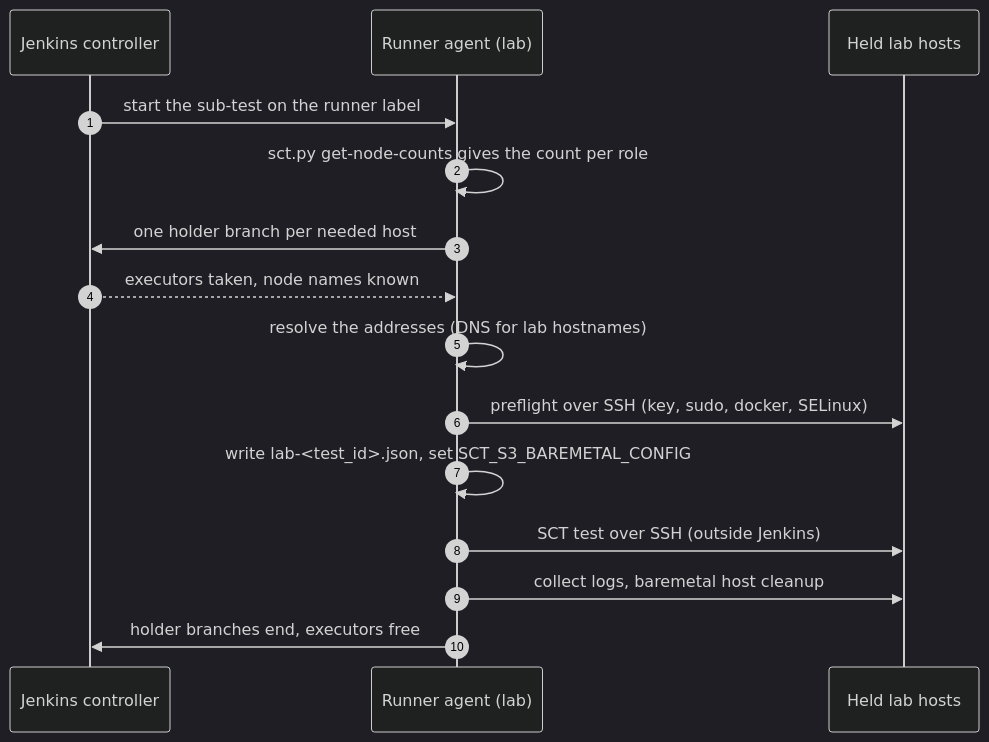
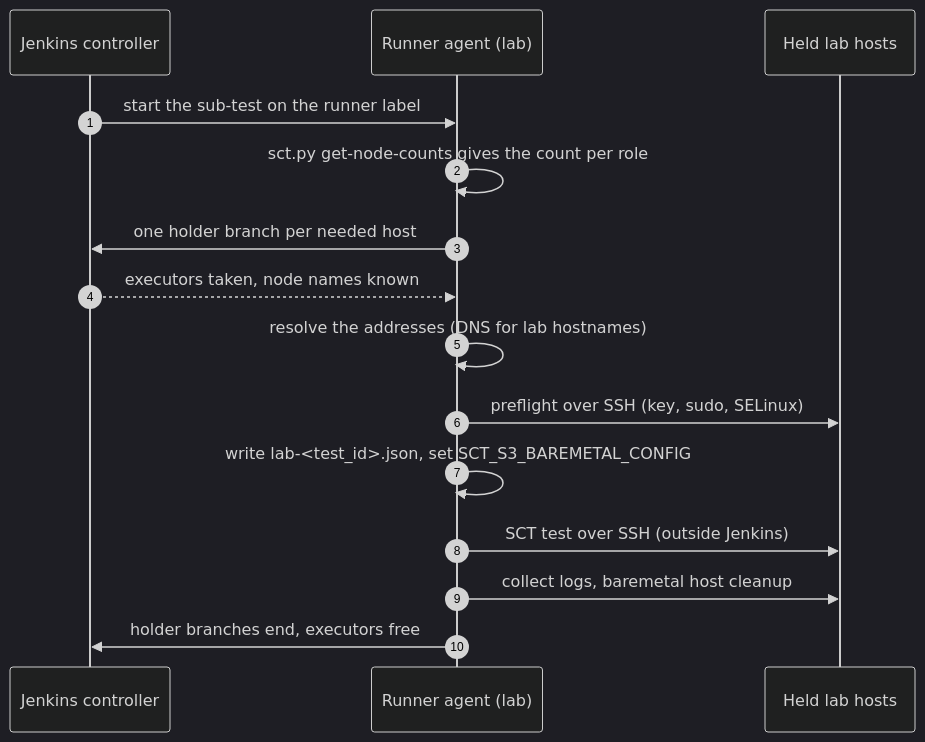
One commit to scylladb/scylla-cluster-tests changed the first of 2 diagrams in docs/plans/jenkins/lab-builders-baremetal/spec.md. Above: the diagram before and after it, drawn with Mermaid (dark theme). The commit also changed other lines of this file, not shown here.

First line of the commit message:
docs(plans): lab-builders spec leaves Docker to SCT's host preflight

````diff
--- a/docs/plans/jenkins/lab-builders-baremetal/spec.md
+++ b/docs/plans/jenkins/lab-builders-baremetal/spec.md
@@ -31,17 +31,17 @@
 ```mermaid
 sequenceDiagram
     autonumber
     participant J as Jenkins controller
     participant R as Runner agent (lab)
     participant H as Held lab hosts
     J->>R: start the sub-test on the runner label
     R->>R: sct.py get-node-counts gives the count per role
     R->>J: one holder branch per needed host
     J-->>R: executors taken, node names known
     R->>R: resolve the addresses (DNS for lab hostnames)
-    R->>H: preflight over SSH (key, sudo, docker, SELinux)
+    R->>H: preflight over SSH (key, sudo, SELinux)
     R->>R: write lab-<test_id>.json, set SCT_S3_BAREMETAL_CONFIG
     R->>H: SCT test over SSH (outside Jenkins)
     R->>H: collect logs, baremetal host cleanup
     R->>J: holder branches end, executors free
 ```
````
